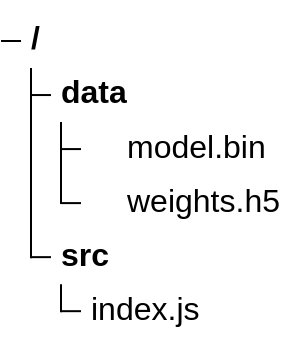
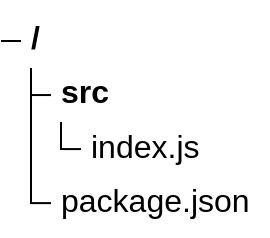
The seventh of 10 diagrams in docs/syntax/treeView.md (SamAcctX/mermaid), drawn with Mermaid before and after one commit. The commit also changed other lines of this file and 19 other files, not shown here.

````diff
--- a/docs/syntax/treeView.md
+++ b/docs/syntax/treeView.md
@@ -170,8 +193,6 @@
 ```mermaid
 treeView-beta
-    data/
-        model.bin icon(database)
-        weights.h5 icon(database)
     src/
-        index.js
+        index.js icon(none)
+    package.json
 ```
````
